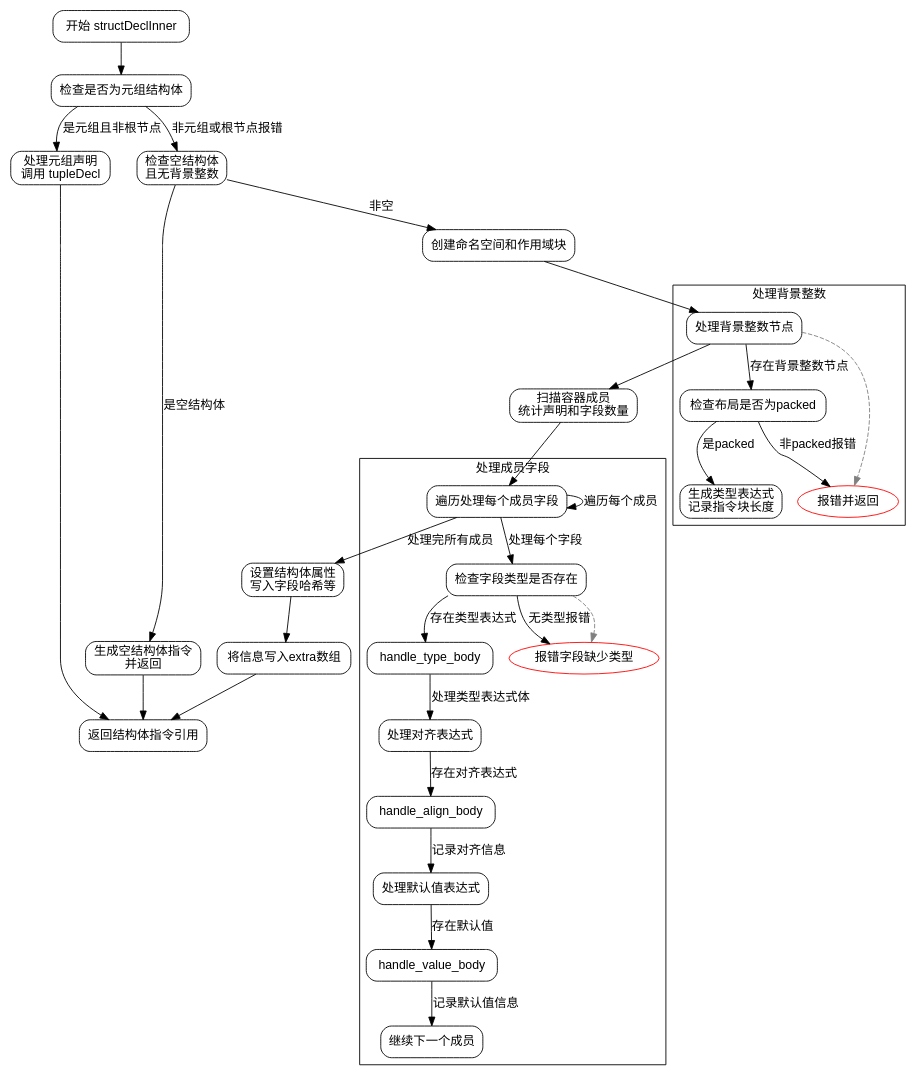
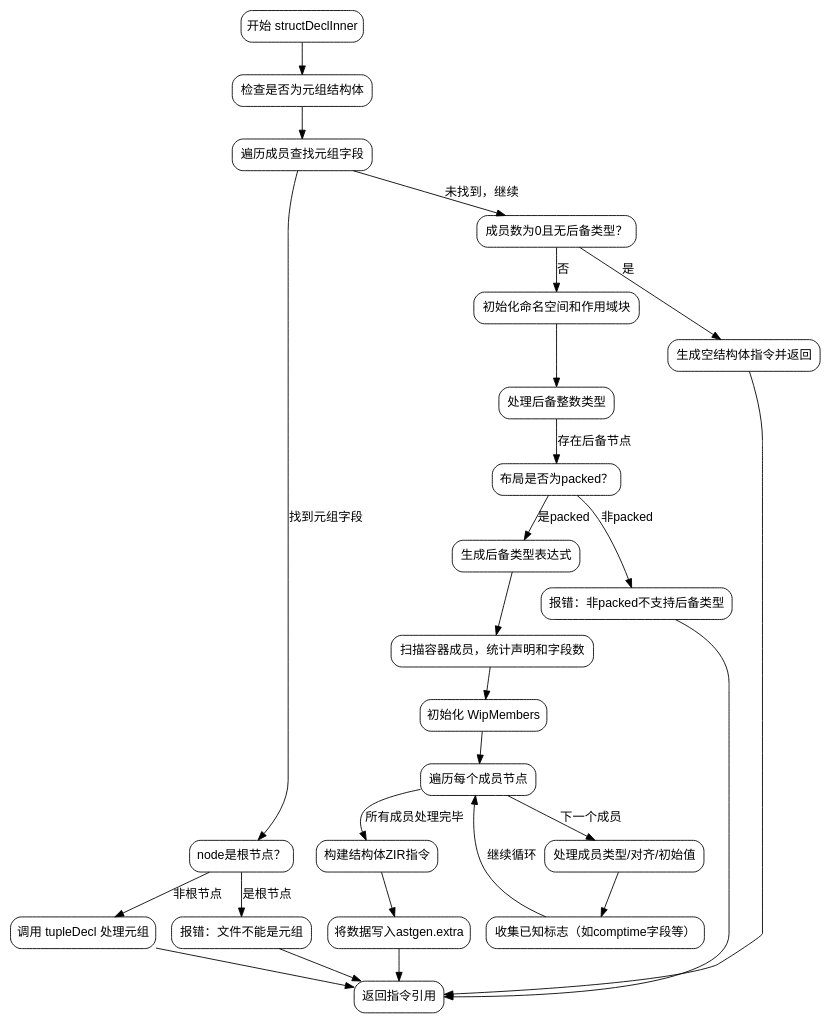
One commit to sdzx-1/deepseek-zig-reader changed the diagram in dot_std/zig/AstGen.zig.structDeclInner.md. Above: the diagram before and after it, drawn with Graphviz. The commit also changed other lines of this file and 236 other files, not shown here.

````diff
--- a/dot_std/zig/AstGen.zig.structDeclInner.md
+++ b/dot_std/zig/AstGen.zig.structDeclInner.md
@@ -50,77 +31,60 @@
-```dot
+```graphviz
 digraph flowchart {
-    node [shape=rectangle, style="rounded", fontname="Helvetica"];
-    edge [fontname="Helvetica"];
+    node [shape=rectangle, style="rounded", fontname="Arial"];
+    edge [fontname="Arial"];
 
     start [label="开始 structDeclInner"];
     check_tuple [label="检查是否为元组结构体"];
-    handle_tuple [label="处理元组声明\n调用 tupleDecl"];
-    check_empty [label="检查空结构体\n且无背景整数"];
-    create_empty_struct [label="生成空结构体指令\n并返回"];
-    create_namespace [label="创建命名空间和作用域块"];
-    handle_backing_int [label="处理背景整数节点"];
-    scan_members [label="扫描容器成员\n统计声明和字段数量"];
-    process_members [label="遍历处理每个成员字段"];
-    set_struct_attrs [label="设置结构体属性\n写入字段哈希等"];
-    write_extra [label="将信息写入extra数组"];
-    end [label="返回结构体指令引用"];
+    is_tuple [label="遍历成员查找元组字段"];
+    handle_root_tuple [label="node是根节点？"];
+    fail_root_tuple [label="报错：文件不能是元组"];
+    call_tupleDecl [label="调用 tupleDecl 处理元组"];
+    empty_struct [label="成员数为0且无后备类型？"];
+    create_empty_struct [label="生成空结构体指令并返回"];
+    init_namespace [label="初始化命名空间和作用域块"];
+    handle_backing_int [label="处理后备整数类型"];
+    check_packed [label="布局是否为packed？"];
+    fail_non_packed [label="报错：非packed不支持后备类型"];
+    process_backing_int [label="生成后备类型表达式"];
+    scan_members [label="扫描容器成员，统计声明和字段数"];
+    init_wip_members [label="初始化 WipMembers"];
+    loop_members [label="遍历每个成员节点"];
+    handle_member [label="处理成员类型/对齐/初始值"];
+    collect_flags [label="收集已知标志（如comptime字段等）"];
+    build_struct [label="构建结构体ZIR指令"];
+    write_extra_data [label="将数据写入astgen.extra"];
+    return_inst [label="返回指令引用"];
 
     start -> check_tuple;
+    check_tuple -> is_tuple;
+    is_tuple -> handle_root_tuple [label="找到元组字段"];
+    is_tuple -> empty_struct [label="未找到，继续"];
 
-    check_tuple -> handle_tuple [label="是元组且非根节点"];
-    check_tuple -> check_empty [label="非元组或根节点报错"];
+    handle_root_tuple -> fail_root_tuple [label="是根节点"];
+    handle_root_tuple -> call_tupleDecl [label="非根节点"];
+    fail_root_tuple -> return_inst;
+    call_tupleDecl -> return_inst;
 
-    handle_tuple -> end;
+    empty_struct -> create_empty_struct [label="是"];
+    empty_struct -> init_namespace [label="否"];
 
-    check_empty -> create_empty_struct [label="是空结构体"];
-    check_empty -> create_namespace [label="非空"];
+    init_namespace -> handle_backing_int;
+    handle_backing_int -> check_packed [label="存在后备节点"];
+    check_packed -> fail_non_packed [label="非packed"];
+    check_packed -> process_backing_int [label="是packed"];
+    process_backing_int -> scan_members;
+    fail_non_packed -> return_inst;
 
-    create_empty_struct -> end;
+    scan_members -> init_wip_members;
+    init_wip_members -> loop_members;
+    loop_members -> handle_member [label="下一个成员"];
+    handle_member -> collect_flags;
+    collect_flags -> loop_members [label="继续循环"];
+    loop_members -> build_struct [label="所有成员处理完毕"];
 
-    create_namespace -> handle_backing_int;
-    handle_backing_int -> scan_members;
-    scan_members -> process_members;
+    build_struct -> write_extra_data;
+    write_extra_data -> return_inst;
 
-    process_members -> process_members [label="遍历每个成员"];
-    process_members -> set_struct_attrs [label="处理完所有成员"];
-
-    set_struct_attrs -> write_extra;
-    write_extra -> end;
-
-    // 详细分支处理
-    subgraph cluster_backing_int {
-        label="处理背景整数";
-        handle_backing_int -> check_layout [label="存在背景整数节点"];
-        check_layout [label="检查布局是否为packed"];
-        check_layout -> add_backing_int [label="是packed"];
-        check_layout -> report_error [label="非packed报错"];
-        add_backing_int [label="生成类型表达式\n记录指令块长度"];
-    }
-
-    subgraph cluster_member_processing {
-        label="处理成员字段";
-        process_members -> check_field_type [label="处理每个字段"];
-        check_field_type [label="检查字段类型是否存在"];
-        check_field_type -> handle_type_body [label="存在类型表达式"];
-        check_field_type -> report_missing_type [label="无类型报错"];
-
-        handle_type_body -> check_align [label="处理类型表达式体"];
-        check_align [label="处理对齐表达式"];
-        check_align -> handle_align_body [label="存在对齐表达式"];
-        handle_align_body -> check_value [label="记录对齐信息"];
-
-        check_value [label="处理默认值表达式"];
-        check_value -> handle_value_body [label="存在默认值"];
-        handle_value_body -> next_member [label="记录默认值信息"];
-        next_member [label="继续下一个成员"];
-    }
-
-    // 错误处理节点
-    report_error [shape="oval", label="报错并返回", color="red"];
-    report_missing_type [shape="oval", label="报错字段缺少类型", color="red"];
-    
-    edge [style="dashed", color="gray"];
-    handle_backing_int -> report_error;
-    check_field_type -> report_missing_type;
+    create_empty_struct -> return_inst;
 }
 ```
````
